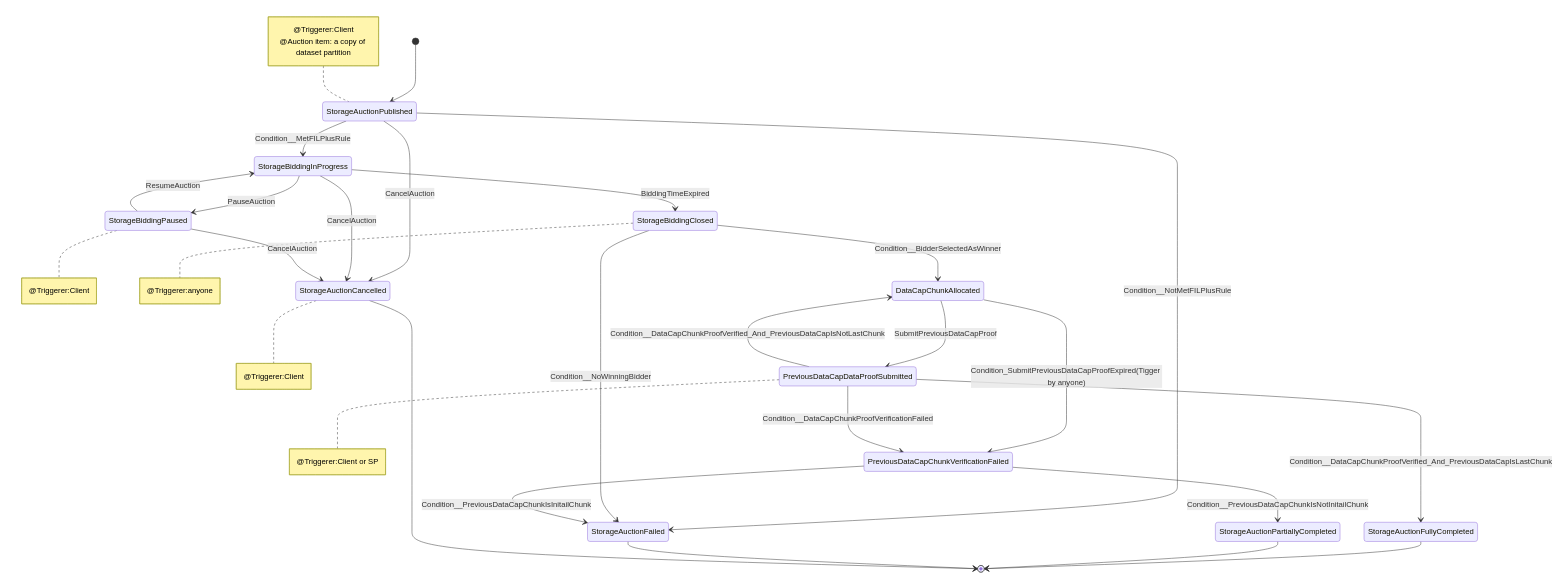
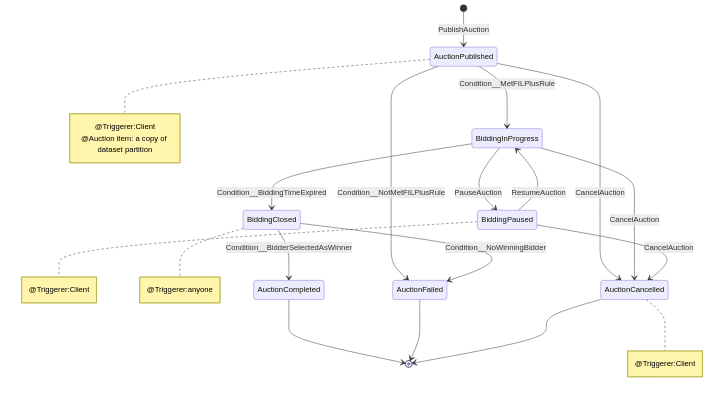
One commit to dataswap/specs changed the second of 3 diagrams in systems/README.md. Above: the diagram before and after it, drawn with Mermaid. The commit also changed other lines of this file, not shown here.

````diff
--- a/systems/README.md
+++ b/systems/README.md
@@ -142,43 +136,31 @@
 ```mermaid
 stateDiagram
-    [*]                                     --> StorageAuctionPublished
-    StorageAuctionPublished                 --> StorageBiddingInProgress:Condition__MetFILPlusRule
-    StorageAuctionPublished                 --> StorageAuctionFailed:Condition__NotMetFILPlusRule
-    StorageBiddingInProgress                --> StorageBiddingPaused:PauseAuction
-    StorageBiddingPaused                    --> StorageBiddingInProgress:ResumeAuction
-    StorageAuctionPublished                 --> StorageAuctionCancelled:CancelAuction
-    StorageBiddingInProgress                --> StorageAuctionCancelled:CancelAuction
-    StorageBiddingPaused                    --> StorageAuctionCancelled:CancelAuction
-    StorageBiddingInProgress                --> StorageBiddingClosed:BiddingTimeExpired
-    StorageBiddingClosed                    --> StorageAuctionFailed:Condition__NoWinningBidder
-    StorageBiddingClosed                    --> DataCapChunkAllocated:Condition__BidderSelectedAsWinner
-    DataCapChunkAllocated                   --> PreviousDataCapDataProofSubmitted:SubmitPreviousDataCapProof
-    DataCapChunkAllocated                   --> PreviousDataCapChunkVerificationFailed:Condition_SubmitPreviousDataCapProofExpired(Tigger by anyone)
-    PreviousDataCapDataProofSubmitted       --> PreviousDataCapChunkVerificationFailed:Condition__DataCapChunkProofVerificationFailed
-    PreviousDataCapDataProofSubmitted       --> DataCapChunkAllocated:Condition__DataCapChunkProofVerified_And_PreviousDataCapIsNotLastChunk
-    PreviousDataCapDataProofSubmitted       --> StorageAuctionFullyCompleted:Condition__DataCapChunkProofVerified_And_PreviousDataCapIsLastChunk
-    PreviousDataCapChunkVerificationFailed  --> StorageAuctionFailed:Condition__PreviousDataCapChunkIsInitailChunk
-    PreviousDataCapChunkVerificationFailed  --> StorageAuctionPartiallyCompleted:Condition__PreviousDataCapChunkIsNotInitailChunk
-    StorageAuctionFullyCompleted            --> [*]
-    StorageAuctionPartiallyCompleted        --> [*]
-    StorageAuctionFailed                    --> [*]
-    StorageAuctionCancelled                 --> [*] 
+    [*]                 --> AuctionPublished:PublishAuction
+    AuctionPublished    --> BiddingInProgress:Condition__MetFILPlusRule
+    AuctionPublished    --> AuctionFailed:Condition__NotMetFILPlusRule
+    BiddingInProgress   --> BiddingPaused:PauseAuction
+    BiddingPaused       --> BiddingInProgress:ResumeAuction
+    AuctionPublished    --> AuctionCancelled:CancelAuction
+    BiddingInProgress   --> AuctionCancelled:CancelAuction
+    BiddingPaused       --> AuctionCancelled:CancelAuction
+    BiddingInProgress   --> BiddingClosed:Condition__BiddingTimeExpired
+    BiddingClosed       --> AuctionFailed:Condition__NoWinningBidder
+    BiddingClosed       --> AuctionCompleted:Condition__BidderSelectedAsWinner
+    AuctionCompleted    --> [*]
+    AuctionFailed       --> [*]
+    AuctionCancelled    --> [*] 
 
-    note left of StorageAuctionPublished 
+    note right of AuctionPublished
       @Triggerer:Client
       @Auction item: a copy of dataset partition
     end note
-    note right of StorageBiddingPaused
+    note right of BiddingPaused
       @Triggerer:Client
     end note
-    note right of StorageAuctionCancelled 
+    note right of AuctionCancelled 
       @Triggerer:Client
     end note
-    note right of StorageBiddingClosed
+    note right of BiddingClosed
       @Triggerer:anyone
     end note
-    note right of PreviousDataCapDataProofSubmitted
-      @Triggerer:Client or SP
-    end note
-    
 ```
````
